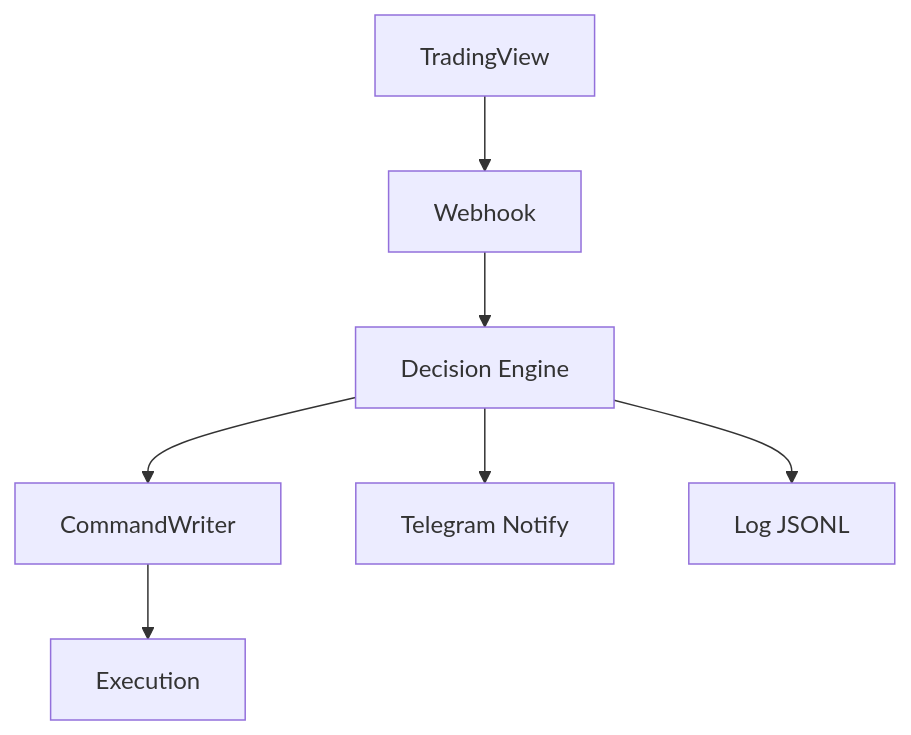
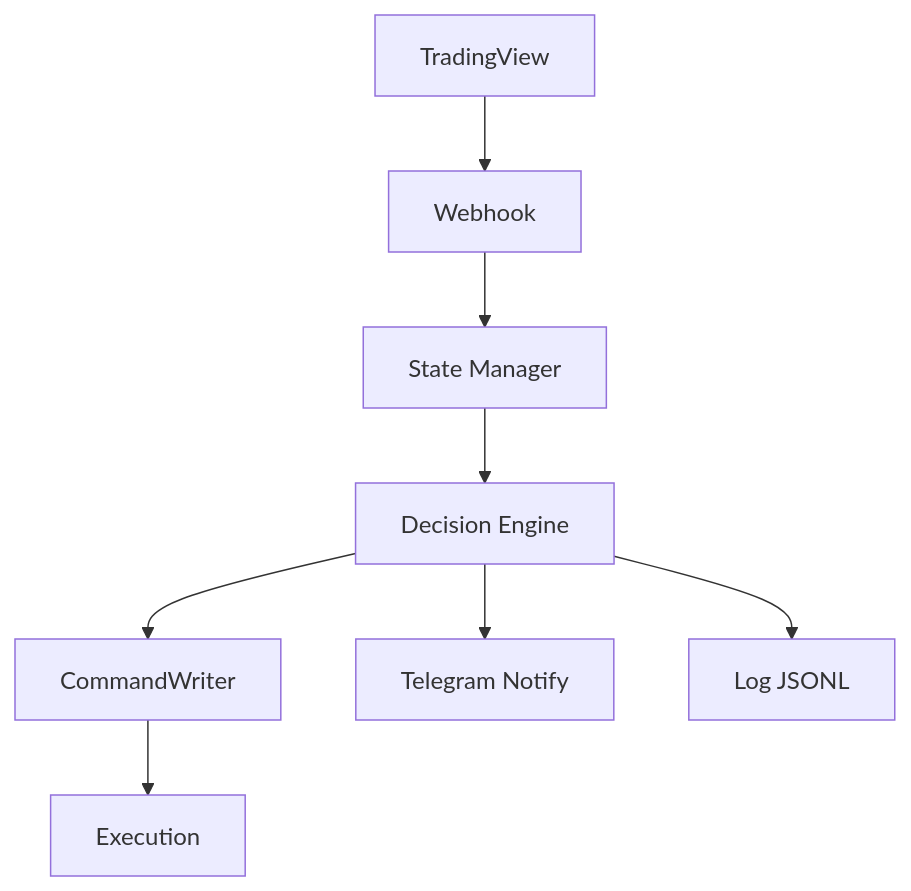
Before and after one commit to yuipan0611/yui-quant-lab: the second of 2 diagrams in README.md, drawn with Mermaid. The commit also changed other lines of this file and 29 other files, not shown here.

````diff
--- a/README.md
+++ b/README.md
@@ -30,7 +38,7 @@
 ```mermaid
 flowchart TB
-  TV[TradingView] --> WH[Webhook] --> DE[Decision Engine]
+  TV[TradingView] --> WH[Webhook] --> SM[State Manager] --> DE[Decision Engine]
   DE --> CW[CommandWriter] --> EX[Execution]
   DE --> TN[Telegram Notify]
   DE --> JL[Log JSONL]
 ```
````
